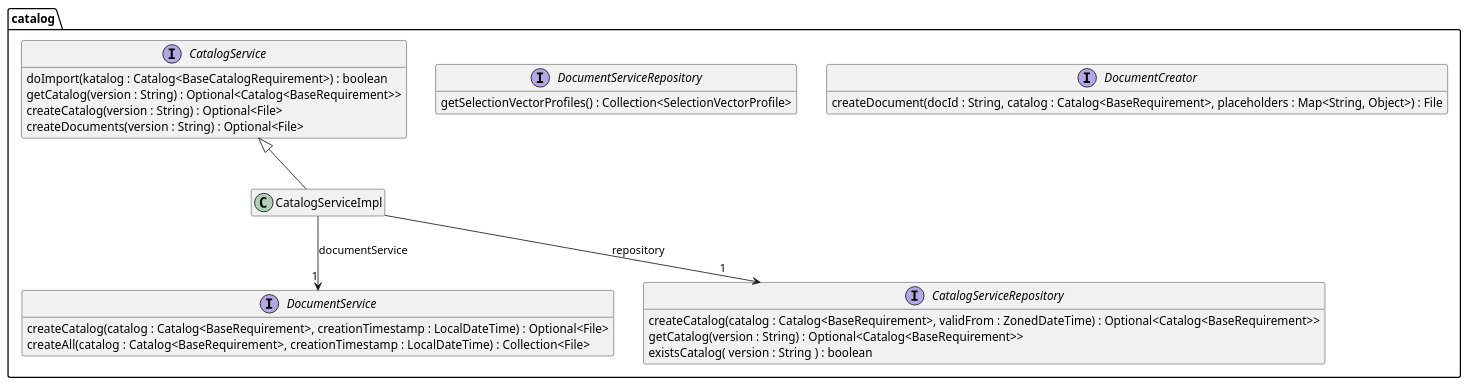
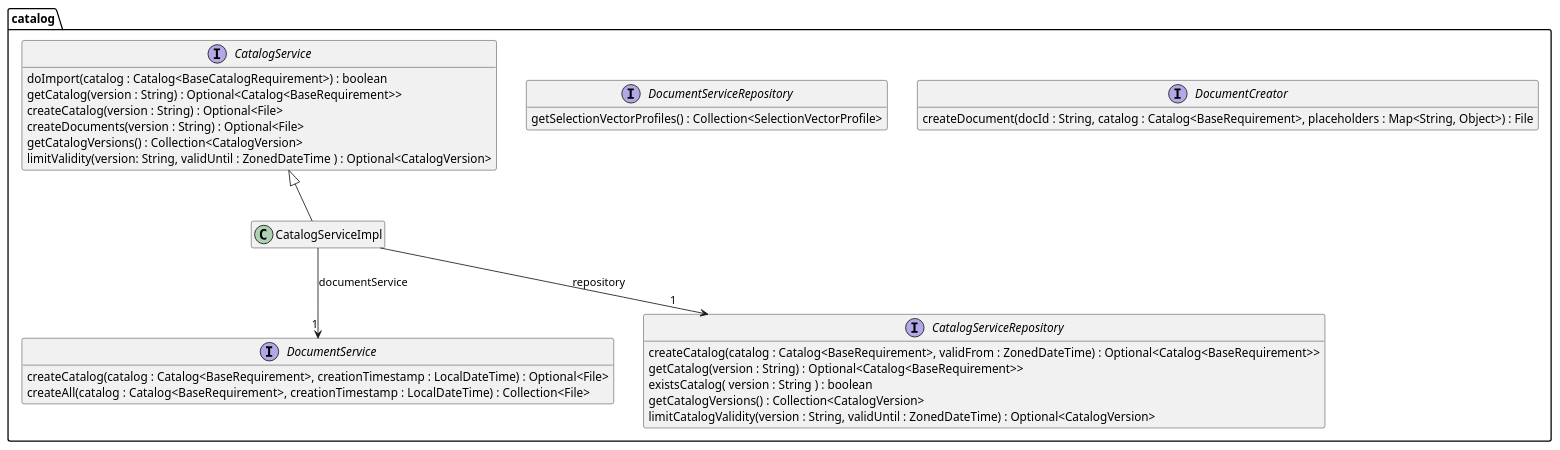
The diagram in src/site/arc42/plantuml/core/catalog/Ebene3.plantuml (tailoringexpert/platform), drawn with PlantUML before and after one commit. The commit also changed 24 other files, not shown here.

```diff
--- a/src/site/arc42/plantuml/core/catalog/Ebene3.plantuml
+++ b/src/site/arc42/plantuml/core/catalog/Ebene3.plantuml
@@ -1,39 +1,43 @@
 @startuml Ebene3.png
 hide empty members
 
 package catalog {
 
     interface DocumentCreator {
         createDocument(docId : String, catalog : Catalog<BaseRequirement>, placeholders : Map<String, Object>) : File
     }
 
     interface DocumentService {
         createCatalog(catalog : Catalog<BaseRequirement>, creationTimestamp : LocalDateTime) : Optional<File>
         createAll(catalog : Catalog<BaseRequirement>,  creationTimestamp : LocalDateTime) : Collection<File>
     }
 
     interface DocumentServiceRepository {
         getSelectionVectorProfiles() : Collection<SelectionVectorProfile>
     }
 
     interface CatalogService {
-        doImport(katalog : Catalog<BaseCatalogRequirement>) : boolean
+        doImport(catalog : Catalog<BaseCatalogRequirement>) : boolean
         getCatalog(version : String) : Optional<Catalog<BaseRequirement>>
         createCatalog(version : String) : Optional<File>
         createDocuments(version : String) : Optional<File>
+        getCatalogVersions() : Collection<CatalogVersion>
+        limitValidity(version: String, validUntil : ZonedDateTime ) : Optional<CatalogVersion>
     }
 
     interface CatalogServiceRepository {
         createCatalog(catalog : Catalog<BaseRequirement>, validFrom : ZonedDateTime) : Optional<Catalog<BaseRequirement>>
         getCatalog(version : String) : Optional<Catalog<BaseRequirement>>
         existsCatalog( version : String ) : boolean
+        getCatalogVersions() : Collection<CatalogVersion>
+        limitCatalogValidity(version : String, validUntil : ZonedDateTime) : Optional<CatalogVersion>
     }
 
     class CatalogServiceImpl {
     }
     CatalogService <|-- CatalogServiceImpl
     CatalogServiceImpl --> "1" CatalogServiceRepository : repository
     CatalogServiceImpl --> "1" DocumentService : documentService
 
 }
 @enduml
```
